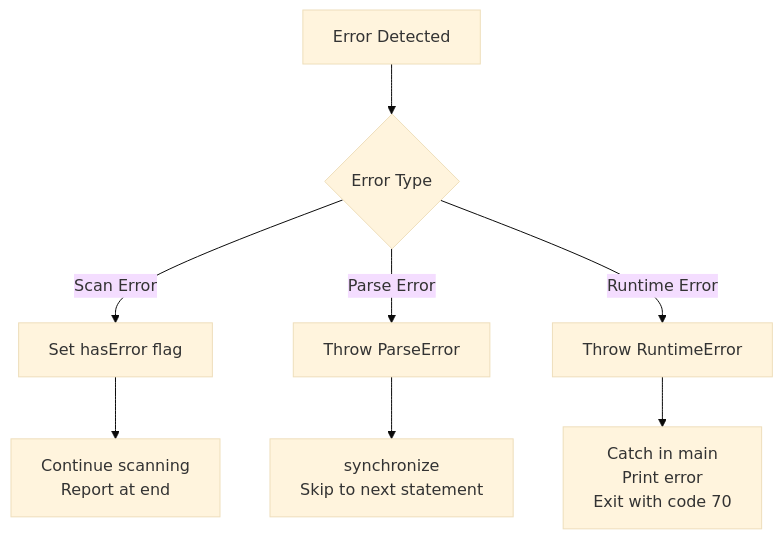
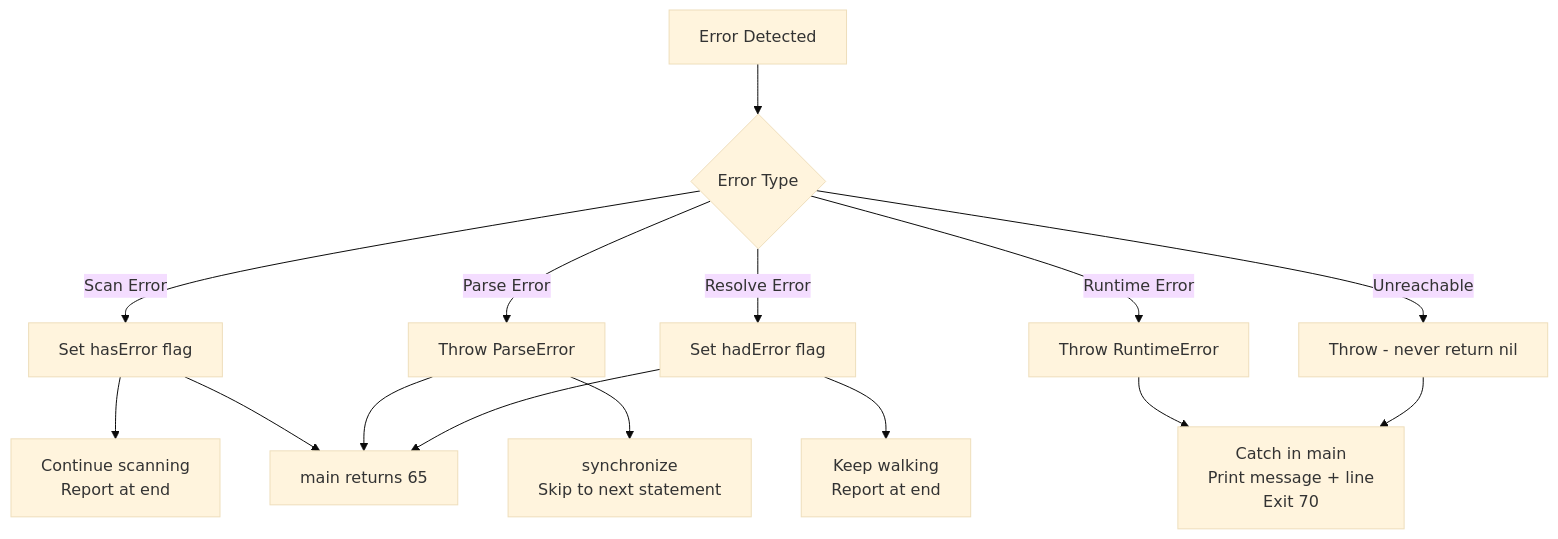
Diagram 14 of 14 in docs/CODE_FLOW.md (IshpreetSingh8264/Interpreter-Cpp), drawn with Mermaid (base theme) before and after one commit. The commit also changed other lines of this file and 5 other files, not shown here.

First line of the commit message:
docs: add the agent-facing architecture doc and refresh both flow docs

````diff
--- a/docs/CODE_FLOW.md
+++ b/docs/CODE_FLOW.md
@@ -381,11 +431,19 @@
 ```mermaid
 flowchart TB
     A[Error Detected] --> B{Error Type}
     B -->|Scan Error| C[Set hasError flag]
     B -->|Parse Error| D[Throw ParseError]
+    B -->|Resolve Error| R[Set hadError flag]
     B -->|Runtime Error| E[Throw RuntimeError]
+    B -->|Unreachable| U[Throw - never return nil]
   
     C --> F[Continue scanning<br>Report at end]
     D --> G[synchronize<br>Skip to next statement]
-    E --> H[Catch in main<br>Print error<br>Exit with code 70]
+    R --> S[Keep walking<br>Report at end]
+    E --> H[Catch in main<br>Print message + line<br>Exit 70]
+    U --> H
+
+    C --> X[main returns 65]
+    D --> X
+    R --> X
 ```
````
